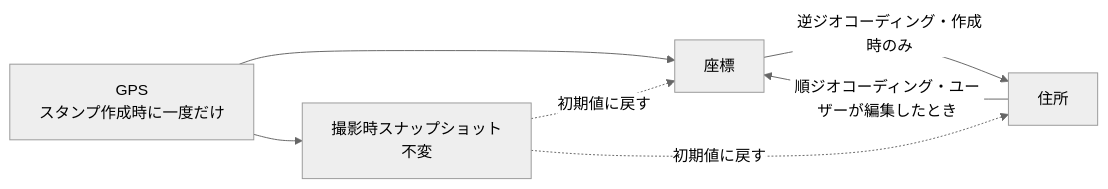
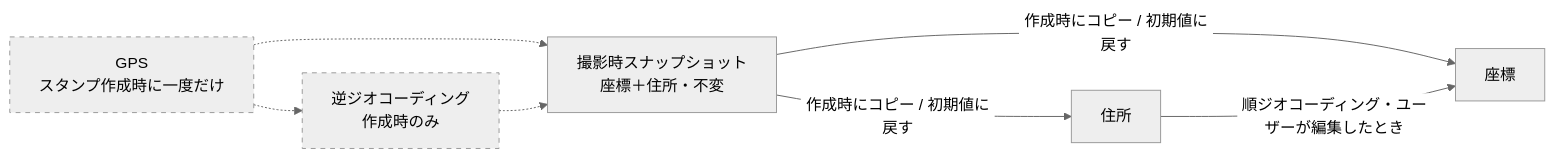
Before and after one commit to monarizzz/tabipon: the third of 3 diagrams in docs/data-model.md, drawn with Mermaid (neutral theme). The commit also changed other lines of this file, not shown here.

````diff
--- a/docs/data-model.md
+++ b/docs/data-model.md
@@ -156,14 +157,18 @@
 ```mermaid
 flowchart LR
     gps["GPS<br/>スタンプ作成時に一度だけ"]
+    geo["逆ジオコーディング<br/>作成時のみ"]
+    snap["撮影時スナップショット<br/>座標＋住所・不変"]
     coord["座標"]
     addr["住所"]
-    snap["撮影時スナップショット<br/>不変"]
 
-    gps --> coord
-    gps --> snap
-    coord -->|逆ジオコーディング・作成時のみ| addr
+    gps -.-> snap
+    gps -.-> geo
+    geo -.-> snap
+    snap -->|作成時にコピー / 初期値に戻す| coord
+    snap -->|作成時にコピー / 初期値に戻す| addr
     addr -->|順ジオコーディング・ユーザーが編集したとき| coord
-    snap -.->|初期値に戻す| coord
-    snap -.->|初期値に戻す| addr
+
+    style gps stroke-dasharray: 5 5
+    style geo stroke-dasharray: 5 5
 ```
````
